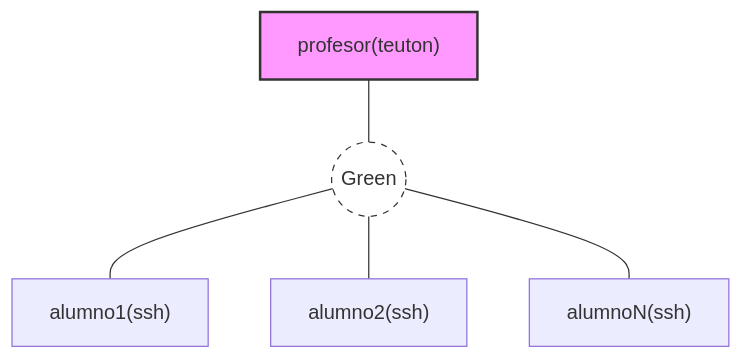
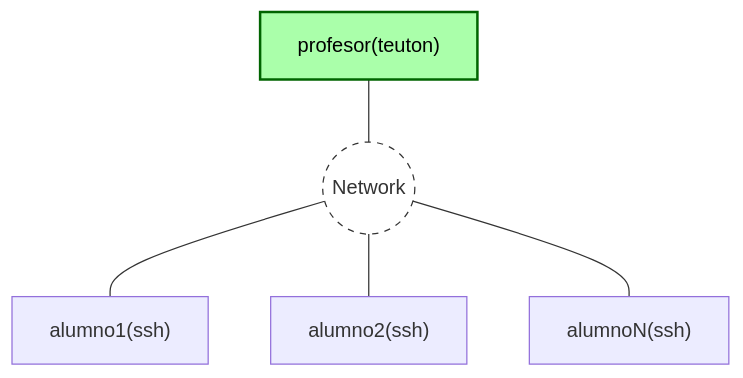
The diagram in docs/tutorial/es/nginx/README.md (teuton-software/teuton), drawn with Mermaid before and after one commit.

````diff
--- a/docs/tutorial/es/nginx/README.md
+++ b/docs/tutorial/es/nginx/README.md
@@ -8,19 +8,19 @@
 ```mermaid
 graph TD
     %% Definición de los nodos
     P["profesor(teuton)"]
-    R(( Green ))
+    R(( Network ))
     A1["alumno1(ssh)"]
     A2["alumno2(ssh)"]
     An["alumnoN(ssh)"]
 
     %% Conexiones
     P --- R
     R --- A1
     R --- A2
     R --- An
 
     %% Estilos (Opcional)
-    style P fill:#f9f,stroke:#333,stroke-width:2px
+    style P fill:#aaffaa,stroke:#006400,stroke-width:2px,color:#000
     style R fill:#fff,stroke:#333,stroke-dasharray: 5 5
 ```
````
